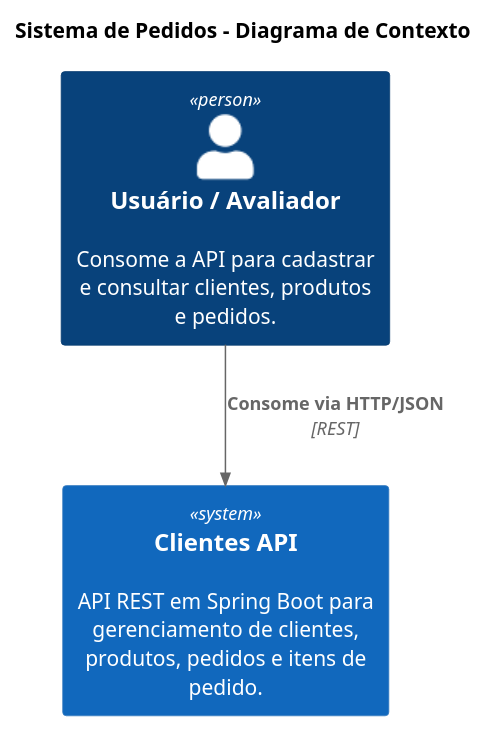
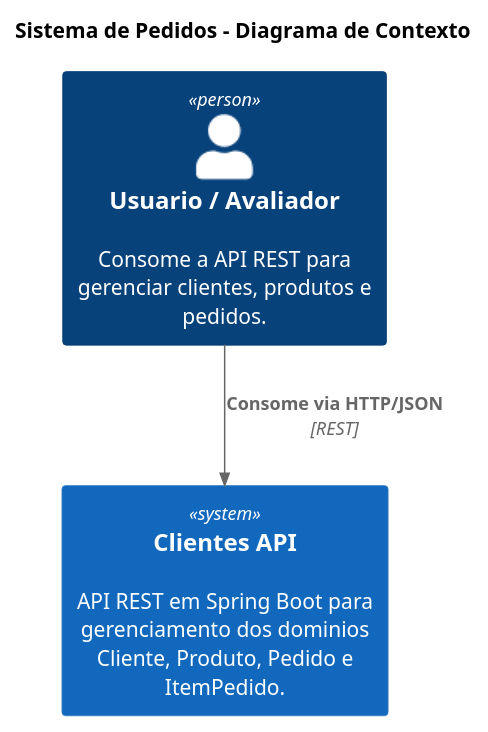
One commit to marcoaureliotomaz/PosXP-DesafioFinal changed the diagram in doc/02-arquitetura/arquitetura-contexto.puml. Above: the diagram before and after it, drawn with PlantUML. The commit also changed 8 other files, not shown here.

```diff
--- a/doc/02-arquitetura/arquitetura-contexto.puml
+++ b/doc/02-arquitetura/arquitetura-contexto.puml
@@ -1,13 +1,13 @@
 @startuml
 !include https://raw.githubusercontent.com/plantuml-stdlib/C4-PlantUML/master/C4_Context.puml
 
 LAYOUT_TOP_DOWN()
 
 title Sistema de Pedidos - Diagrama de Contexto
 
-Person(usuario, "Usuário / Avaliador", "Consome a API para cadastrar e consultar clientes, produtos e pedidos.")
-System(clientesApi, "Clientes API", "API REST em Spring Boot para gerenciamento de clientes, produtos, pedidos e itens de pedido.")
+Person(usuario, "Usuario / Avaliador", "Consome a API REST para gerenciar clientes, produtos e pedidos.")
+System(clientesApi, "Clientes API", "API REST em Spring Boot para gerenciamento dos dominios Cliente, Produto, Pedido e ItemPedido.")
 
 Rel(usuario, clientesApi, "Consome via HTTP/JSON", "REST")
 
 @enduml
```
